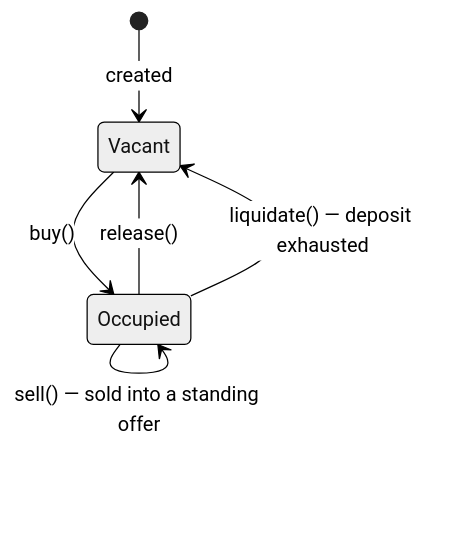
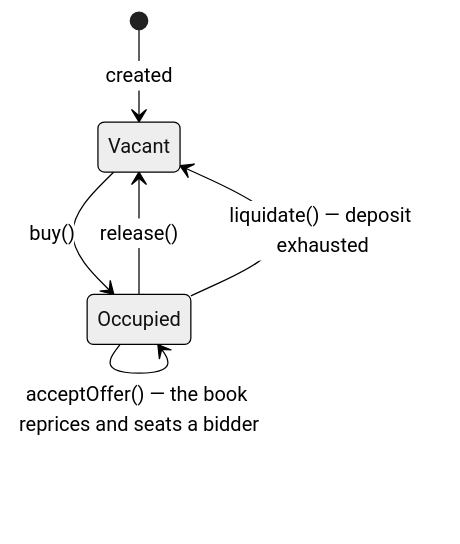
Before and after one commit to nezz0746/0xSlots: the second of 2 diagrams in apps/docs/docs/pages/concepts/slots.mdx, drawn with Mermaid (neutral theme). The commit also changed 46 other files, not shown here.

````diff
--- a/apps/docs/docs/pages/concepts/slots.mdx
+++ b/apps/docs/docs/pages/concepts/slots.mdx
@@ -62,10 +62,10 @@
 ```mermaid
 stateDiagram-v2
     [*] --> Vacant: created
     Vacant --> Occupied: buy()
     Occupied --> Occupied: selfAssess() / topUp() / withdraw()
     Occupied --> Occupied: buy() — taken by someone else
-    Occupied --> Occupied: sell() — sold into a standing offer
+    Occupied --> Occupied: acceptOffer() — the book reprices and seats a bidder
     Occupied --> Vacant: release()
     Occupied --> Vacant: liquidate() — deposit exhausted
 ```
````
